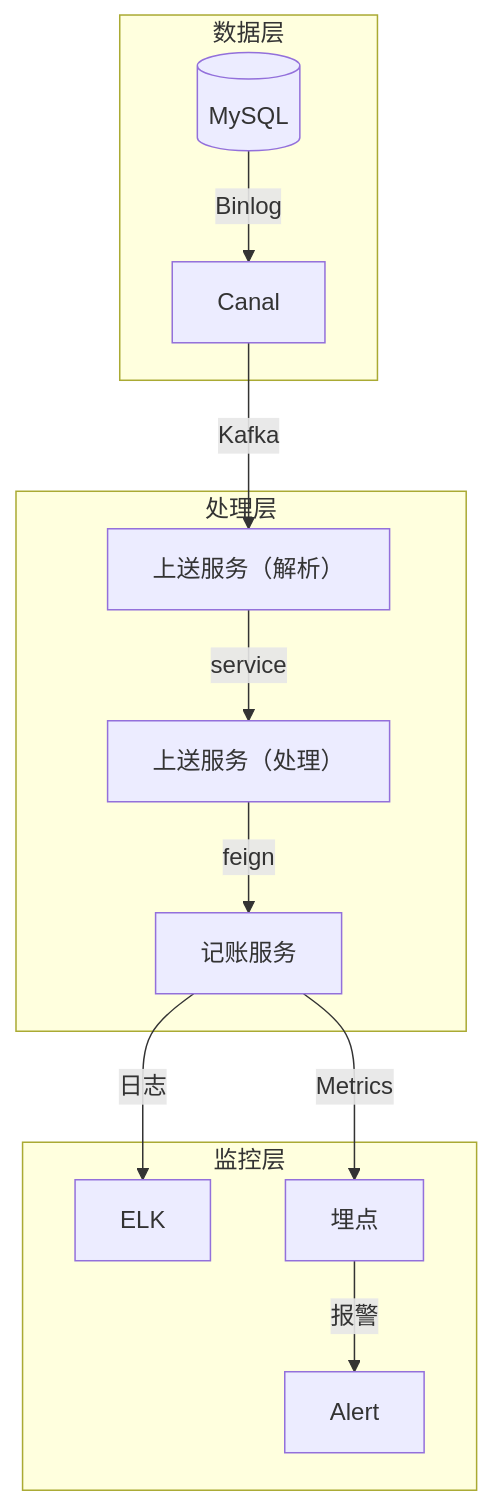
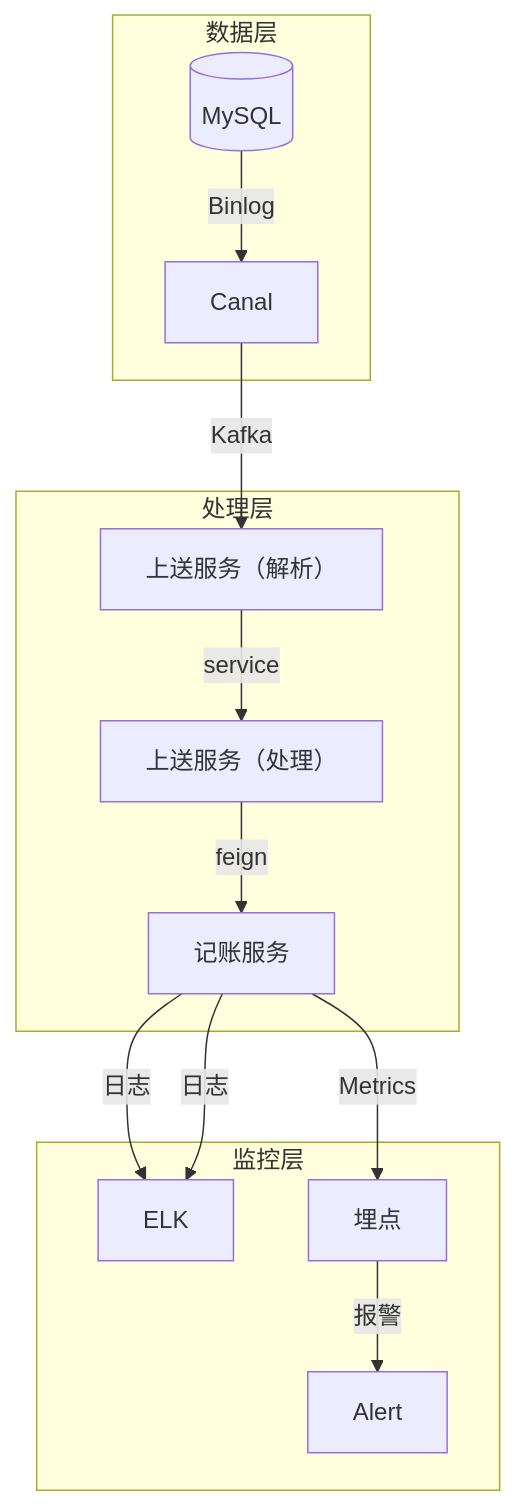
One commit to 87828943/iodraw-files changed the diagram in all/未命名-1.md. Above: the diagram before and after it, drawn with Mermaid.

Commit message:
2025-07-01 19:52:43 update

````diff
--- a/all/未命名-1.md
+++ b/all/未命名-1.md
@@ -1,16 +1,17 @@
 ```mermaid
 graph TB
     subgraph 数据层
         DB[(MySQL)] -->|Binlog| Canal
     end
     subgraph 处理层
         Canal -->|Kafka| Parser[上送服务（解析）]
         Parser -->|service| Engine[上送服务（处理）]
         Engine -->|feign| Accounting[记账服务]
     end
     subgraph 监控层
         Accounting -->|日志| ELK
+        Accounting -->|日志| ELK
         Accounting -->|Metrics| 埋点
         埋点 -->|报警| Alert
     end
 ```
````
